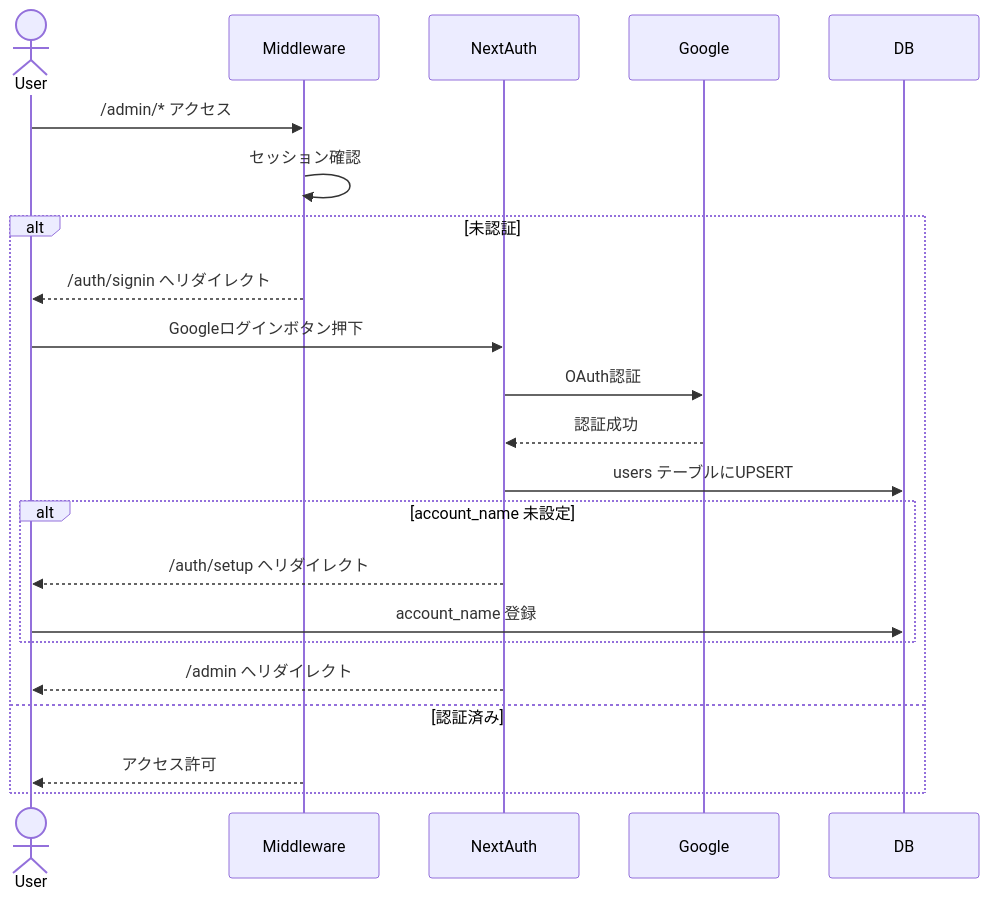
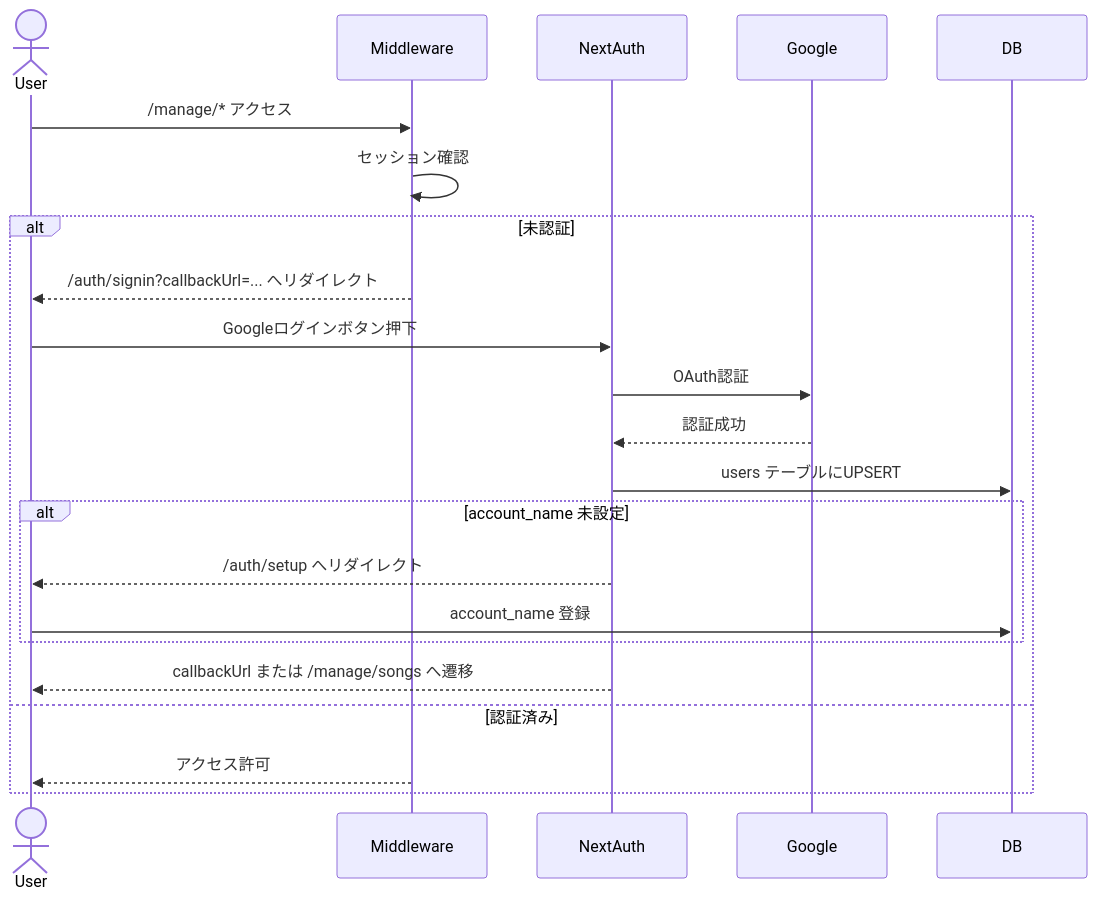
Before and after one commit to noel99l/part-prompter: the second of 9 diagrams in SPEC.md, drawn with Mermaid. The commit also changed other lines of this file and 1 other file, not shown here.

````diff
--- a/SPEC.md
+++ b/SPEC.md
@@ -35,25 +39,25 @@
 ```mermaid
 sequenceDiagram
   actor User
   participant Middleware
   participant NextAuth
   participant Google
   participant DB
 
-  User->>Middleware: /admin/* アクセス
+  User->>Middleware: /manage/* アクセス
   Middleware->>Middleware: セッション確認
   alt 未認証
-    Middleware-->>User: /auth/signin へリダイレクト
+    Middleware-->>User: /auth/signin?callbackUrl=... へリダイレクト
     User->>NextAuth: Googleログインボタン押下
     NextAuth->>Google: OAuth認証
     Google-->>NextAuth: 認証成功
     NextAuth->>DB: users テーブルにUPSERT
     alt account_name 未設定
       NextAuth-->>User: /auth/setup へリダイレクト
       User->>DB: account_name 登録
     end
-    NextAuth-->>User: /admin へリダイレクト
+    NextAuth-->>User: callbackUrl または /manage/songs へ遷移
   else 認証済み
     Middleware-->>User: アクセス許可
   end
 ```
````
